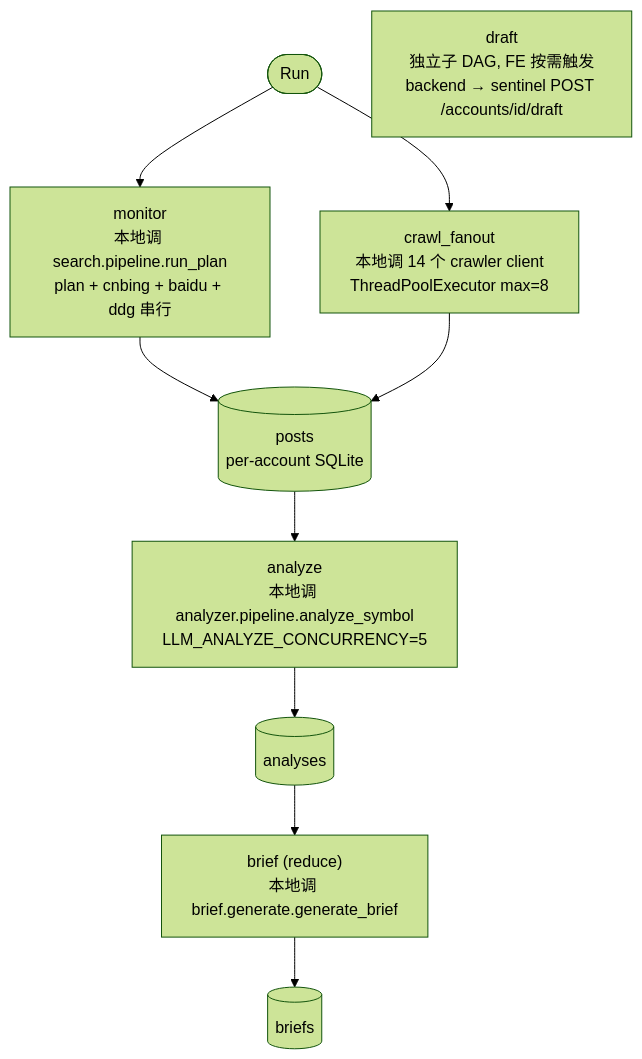
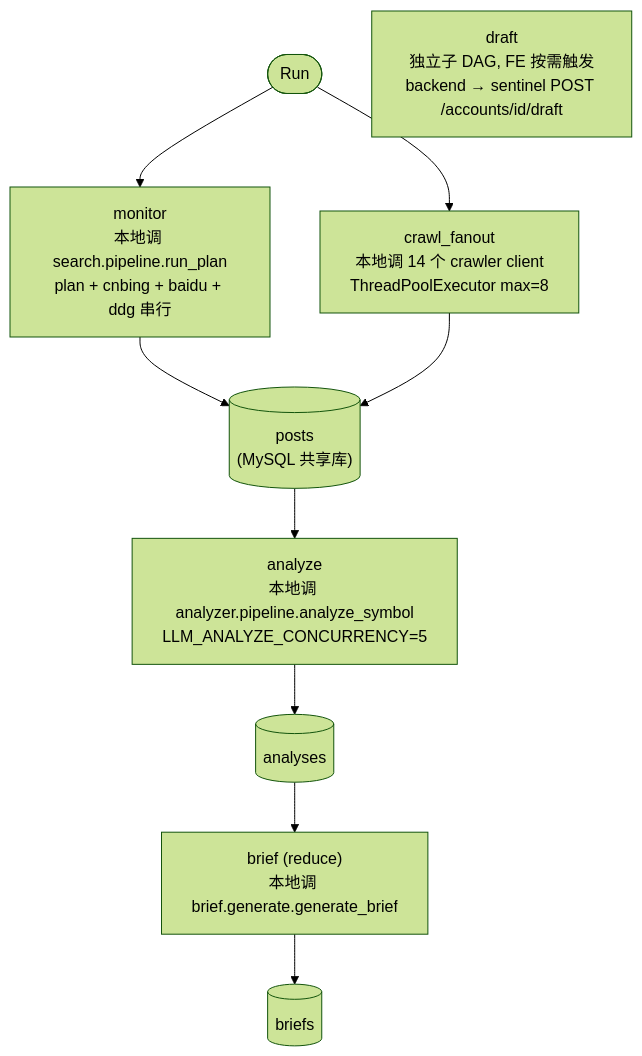
Before and after one commit to sr007-cxy/Vigilath: the fourth of 5 diagrams in services/sentinel-service/docs/sentiment-architecture-v2.md, drawn with Mermaid (forest theme). The commit also changed other lines of this file and 4 other files, not shown here.

````diff
--- a/services/sentinel-service/docs/sentiment-architecture-v2.md
+++ b/services/sentinel-service/docs/sentiment-architecture-v2.md
@@ -169,22 +204,22 @@
 ```mermaid
 flowchart TD
     Run([Run])
     Monitor["monitor<br/>本地调 search.pipeline.run_plan<br/>plan + cnbing + baidu + ddg 串行"]
     Crawl["crawl_fanout<br/>本地调 14 个 crawler client<br/>ThreadPoolExecutor max=8"]
-    Posts[("posts<br/>per-account SQLite")]
+    Posts[("posts<br/>(MySQL 共享库)")]
     Analyze["analyze<br/>本地调 analyzer.pipeline.analyze_symbol<br/>LLM_ANALYZE_CONCURRENCY=5"]
     Analyses[("analyses")]
     Brief["brief (reduce)<br/>本地调 brief.generate.generate_brief"]
     Briefs[("briefs")]
 
     Draft["draft<br/>独立子 DAG, FE 按需触发<br/>backend → sentinel POST /accounts/id/draft"]
 
     Run --> Monitor
     Run --> Crawl
     Monitor --> Posts
     Crawl --> Posts
     Posts --> Analyze
     Analyze --> Analyses
     Analyses --> Brief
     Brief --> Briefs
 ```
````
